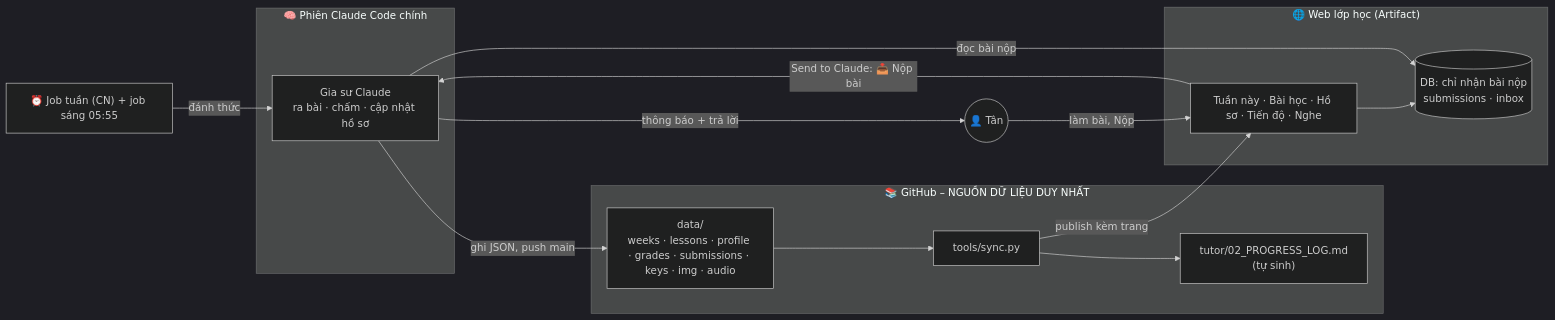
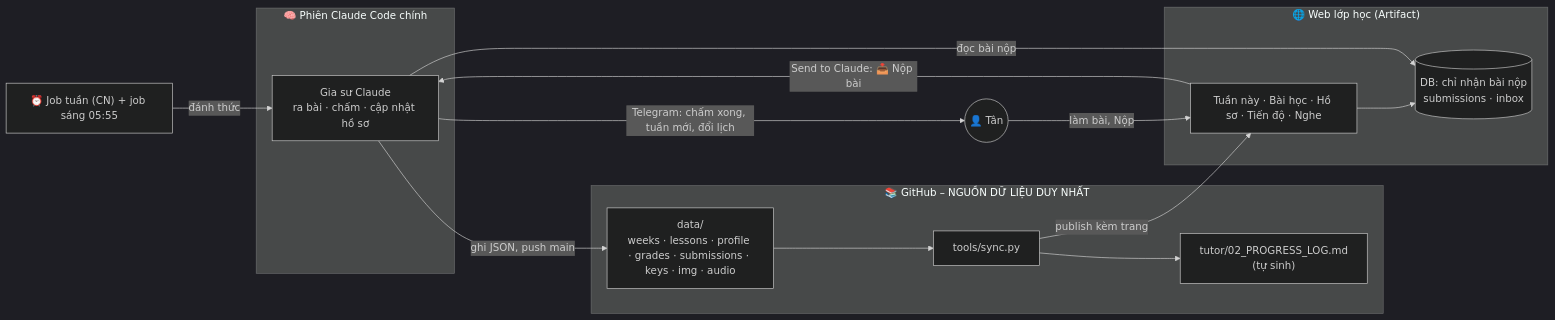
Before and after one commit to tannc28/english-tutor: the first of 2 diagrams in README.md, drawn with Mermaid (dark theme). The commit also changed other lines of this file and 4 other files, not shown here.

Commit message:
Thông báo qua Telegram (tools/notify.py), xin nghỉ bằng tin nhắn bot

````diff
--- a/README.md
+++ b/README.md
@@ -12,24 +12,24 @@
 ```mermaid
 flowchart LR
     J["⏰ Job tuần (CN) + job sáng 05:55"] -- đánh thức --> G
     subgraph Phien["🧠 Phiên Claude Code chính"]
         G["Gia sư Claude<br/>ra bài · chấm · cập nhật hồ sơ"]
     end
     subgraph Repo["📚 GitHub – NGUỒN DỮ LIỆU DUY NHẤT"]
         D["data/<br/>weeks · lessons · profile · grades · submissions · keys · img · audio"]
         S["tools/sync.py"]
         P["tutor/02_PROGRESS_LOG.md<br/>(tự sinh)"]
     end
     subgraph Web["🌐 Web lớp học (Artifact)"]
         UI["Tuần này · Bài học · Hồ sơ · Tiến độ · Nghe"]
         DB[("DB: chỉ nhận bài nộp<br/>submissions · inbox")]
     end
     T(("👤 Tân"))
     G -- "ghi JSON, push main" --> D
     D --> S --> P
     S -- "publish kèm trang" --> UI
     T -- "làm bài, Nộp" --> UI --> DB
     UI -- "Send to Claude: 📥 Nộp bài" --> G
     G -- "đọc bài nộp" --> DB
-    G -- "thông báo + trả lời" --> T
+    G -- "Telegram: chấm xong, tuần mới, đổi lịch" --> T
 ```
````
